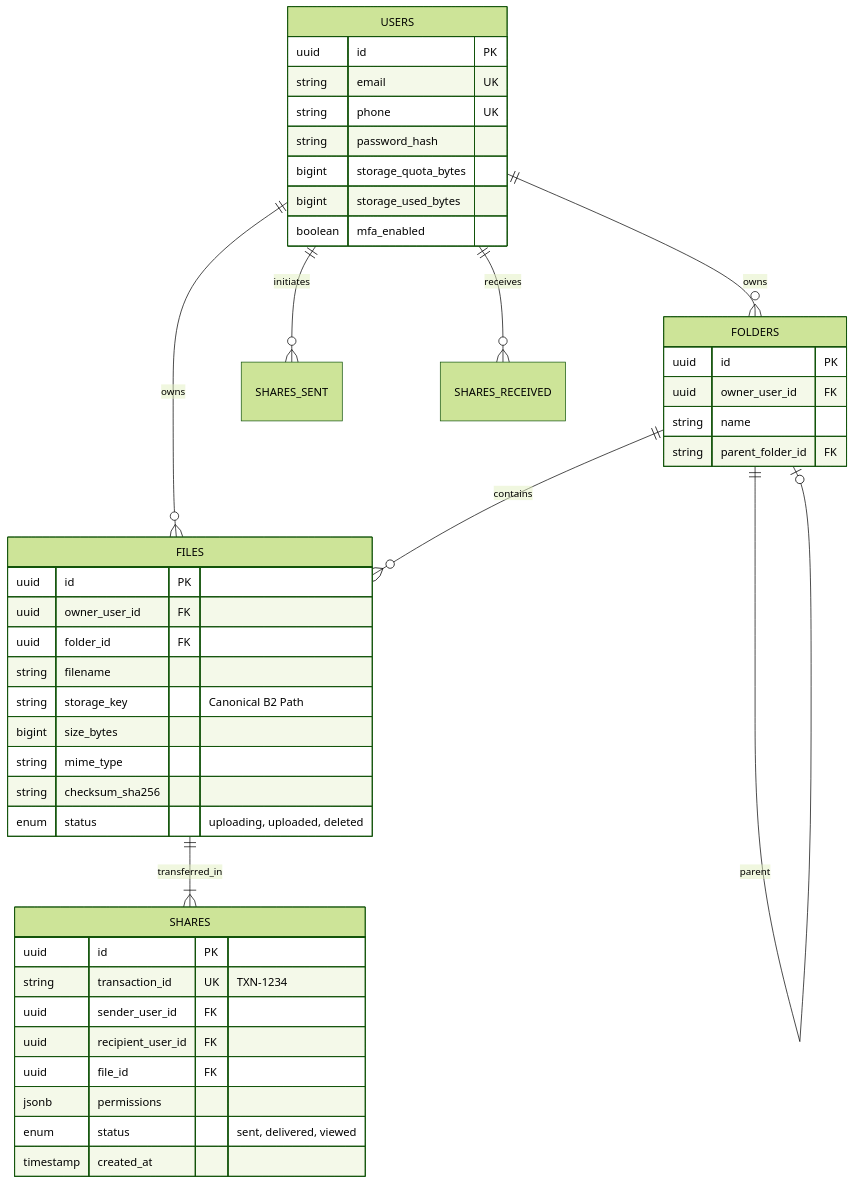
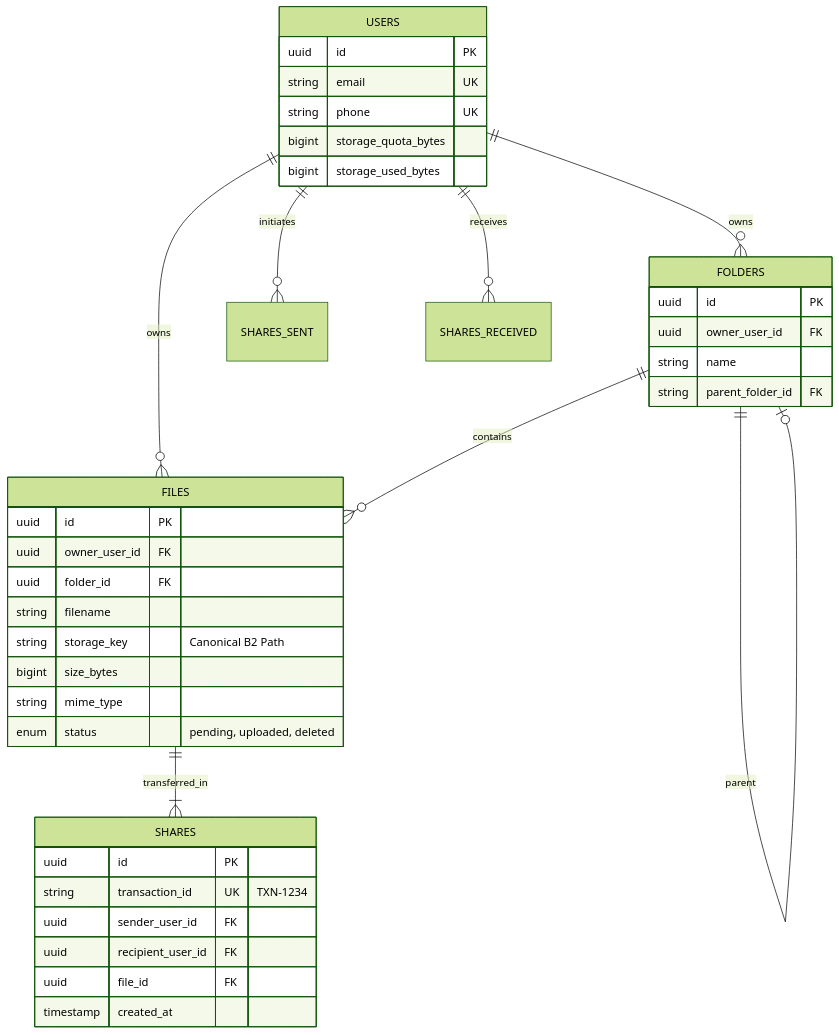
The second of 2 diagrams in README.md (abhishekbabushettydev/file-docs), drawn with Mermaid (forest theme) before and after one commit. The commit also changed other lines of this file, not shown here.

````diff
--- a/README.md
+++ b/README.md
@@ -87,52 +96,47 @@
 ```mermaid
 erDiagram
     USERS ||--o{ FILES : owns
     USERS ||--o{ FOLDERS : owns
     USERS ||--o{ SHARES_SENT : initiates
     USERS ||--o{ SHARES_RECEIVED : receives
     
     FOLDERS ||--o{ FILES : contains
     FOLDERS ||--o| FOLDERS : parent
     
     FILES ||--|{ SHARES : transferred_in
     
     USERS {
         uuid id PK
         string email UK
         string phone UK
-        string password_hash
         bigint storage_quota_bytes
         bigint storage_used_bytes
-        boolean mfa_enabled
     }
     
     FILES {
         uuid id PK
         uuid owner_user_id FK
         uuid folder_id FK
         string filename
         string storage_key "Canonical B2 Path"
         bigint size_bytes
         string mime_type
-        string checksum_sha256
-        enum status "uploading, uploaded, deleted"
+        enum status "pending, uploaded, deleted"
     }
     
     SHARES {
         uuid id PK
         string transaction_id UK "TXN-1234"
         uuid sender_user_id FK
         uuid recipient_user_id FK
         uuid file_id FK
-        jsonb permissions
-        enum status "sent, delivered, viewed"
         timestamp created_at
     }
     
     FOLDERS {
         uuid id PK
         uuid owner_user_id FK
         string name
         string parent_folder_id FK
     }
 ```
````
